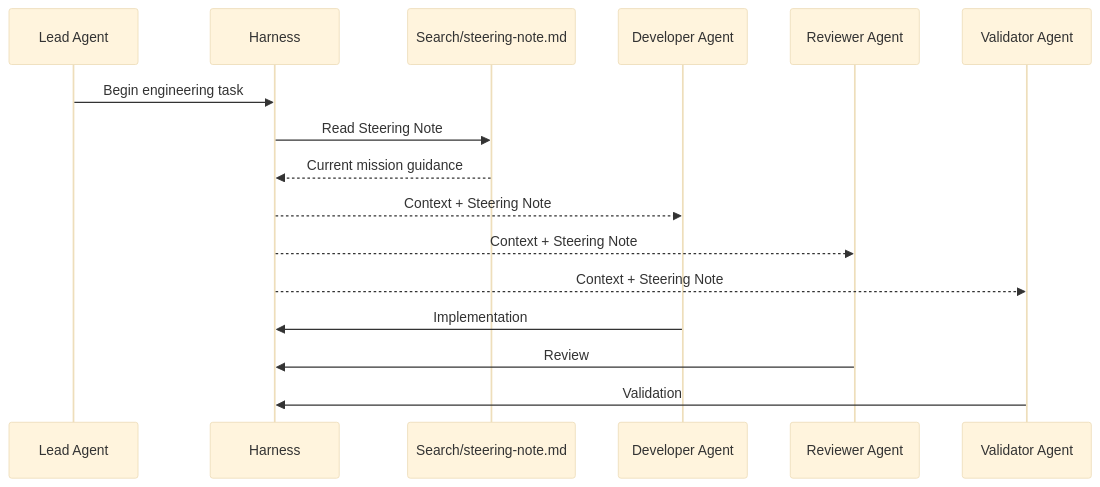
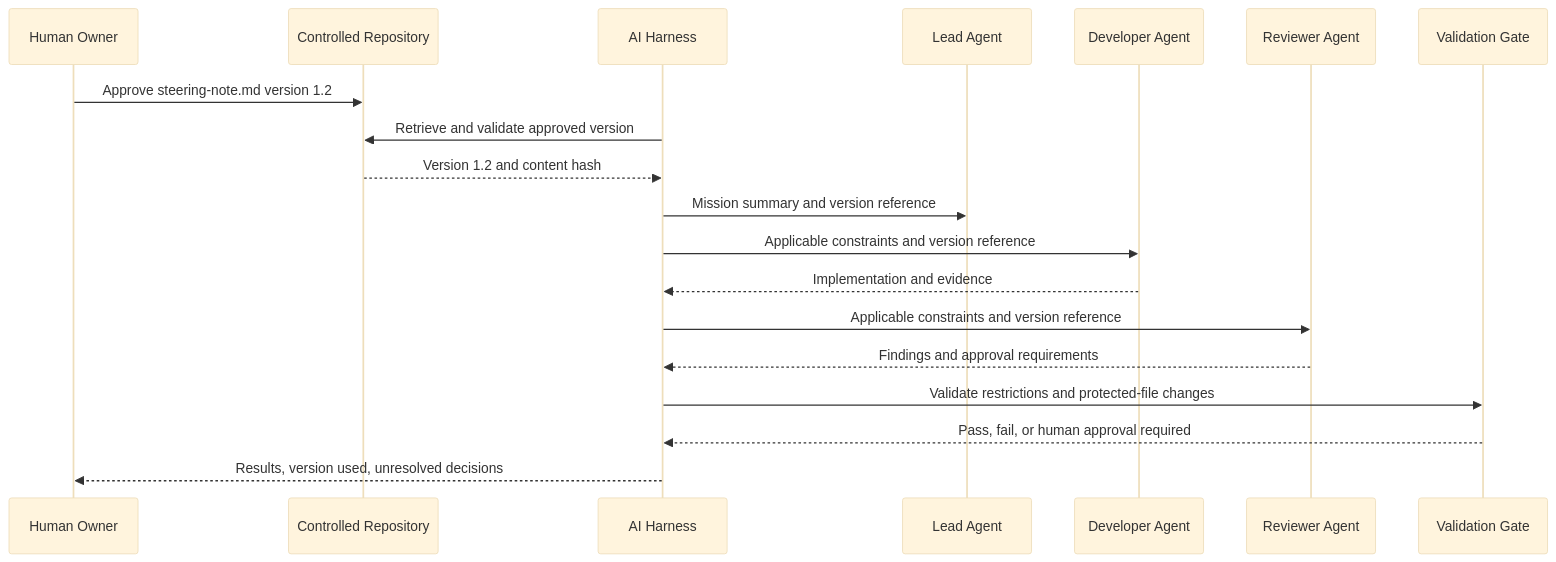
One commit to sheikh-zeeshan/Enterprise-AI-Engineering-Handbook changed the fourth of 4 diagrams in book/10-steering-notes.md. Above: the diagram before and after it, drawn with Mermaid (base theme). The commit also changed other lines of this file and 49 other files, not shown here.

````diff
--- a/book/10-steering-notes.md
+++ b/book/10-steering-notes.md
@@ -827,28 +628,22 @@
 ```mermaid
 sequenceDiagram
-
+    participant Owner as Human Owner
+    participant Repo as Controlled Repository
+    participant Harness as AI Harness
     participant Lead as Lead Agent
-    participant Harness
-    participant Search as Search/steering-note.md
     participant Dev as Developer Agent
     participant Review as Reviewer Agent
-    participant Validate as Validator Agent
+    participant Gate as Validation Gate
 
-    Lead->>Harness: Begin engineering task
-
-    Harness->>Search: Read Steering Note
-
-    Search-->>Harness: Current mission guidance
-
-    Harness-->>Dev: Context + Steering Note
-
-    Harness-->>Review: Context + Steering Note
-
-    Harness-->>Validate: Context + Steering Note
-
-    Dev->>Harness: Implementation
-
-    Review->>Harness: Review
-
-    Validate->>Harness: Validation
+    Owner->>Repo: Approve steering-note.md version 1.2
+    Harness->>Repo: Retrieve and validate approved version
+    Repo-->>Harness: Version 1.2 and content hash
+    Harness->>Lead: Mission summary and version reference
+    Harness->>Dev: Applicable constraints and version reference
+    Dev-->>Harness: Implementation and evidence
+    Harness->>Review: Applicable constraints and version reference
+    Review-->>Harness: Findings and approval requirements
+    Harness->>Gate: Validate restrictions and protected-file changes
+    Gate-->>Harness: Pass, fail, or human approval required
+    Harness-->>Owner: Results, version used, unresolved decisions
 ```
````
